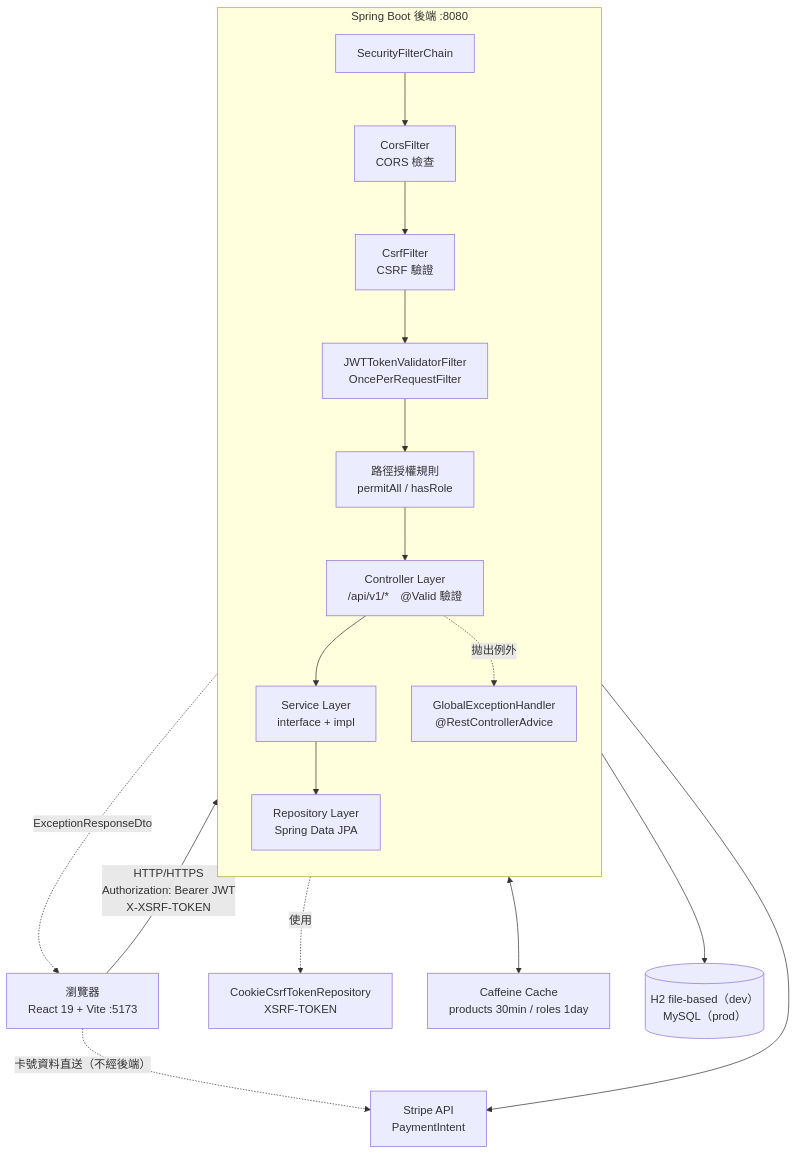
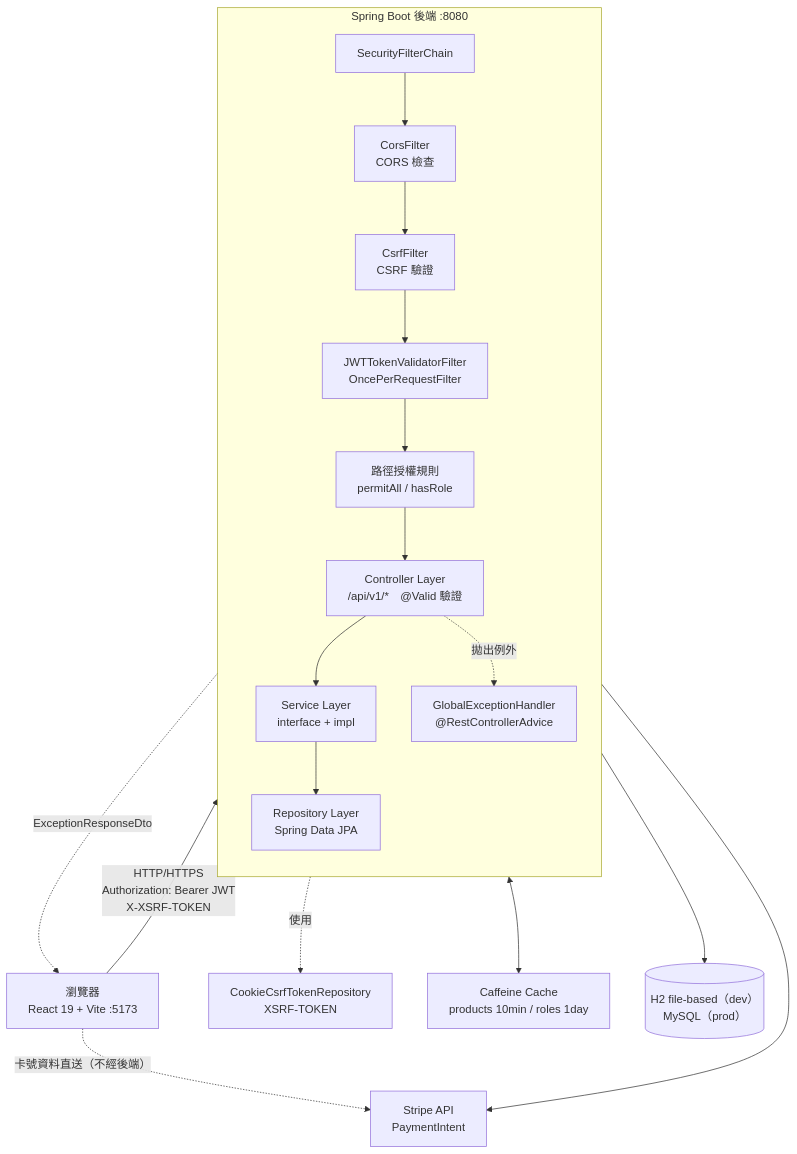
The fourth of 5 diagrams in README.md (tonysk0210/react-springboot-webapp), drawn with Mermaid before and after one commit. The commit also changed other lines of this file and 2 other files, not shown here.

````diff
--- a/README.md
+++ b/README.md
@@ -158,34 +158,34 @@
 ```mermaid
 flowchart TB
     Browser["瀏覽器<br/>React 19 + Vite :5173"]
 
     subgraph Backend["Spring Boot 後端 :8080"]
         direction TB
         SFC["SecurityFilterChain"]
         CORS["CorsFilter<br/>CORS 檢查"]
         CSRF["CsrfFilter<br/>CSRF 驗證"]
         JWT["JWTTokenValidatorFilter<br/>OncePerRequestFilter"]
         AUTHZ["路徑授權規則<br/>permitAll / hasRole"]
         CTRL["Controller Layer<br/>/api/v1/*　@Valid 驗證"]
         SVC["Service Layer<br/>interface + impl"]
         REPO["Repository Layer<br/>Spring Data JPA"]
         GEH["GlobalExceptionHandler<br/>@RestControllerAdvice"]
     end
 
     CSRFR["CookieCsrfTokenRepository<br/>XSRF-TOKEN"]
 
-    Cache["Caffeine Cache<br/>products 30min / roles 1day"]
+    Cache["Caffeine Cache<br/>products 10min / roles 1day"]
     DB[("H2 file-based（dev）<br/>MySQL（prod）")]
     Stripe["Stripe API<br/>PaymentIntent"]
 
     Browser -- "HTTP/HTTPS<br/>Authorization: Bearer JWT<br/>X-XSRF-TOKEN" --> SFC
     SFC --> CORS --> CSRF --> JWT --> AUTHZ --> CTRL
     CSRF -.使用.-> CSRFR
     CTRL --> SVC
     SVC <--> Cache
     SVC --> REPO --> DB
     SVC --> Stripe
     CTRL -.拋出例外.-> GEH
     GEH -. "ExceptionResponseDto" .-> Browser
     Browser -. "卡號資料直送（不經後端）" .-> Stripe
 ```
````
